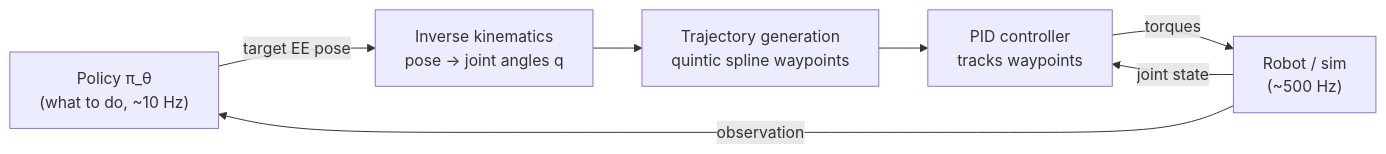
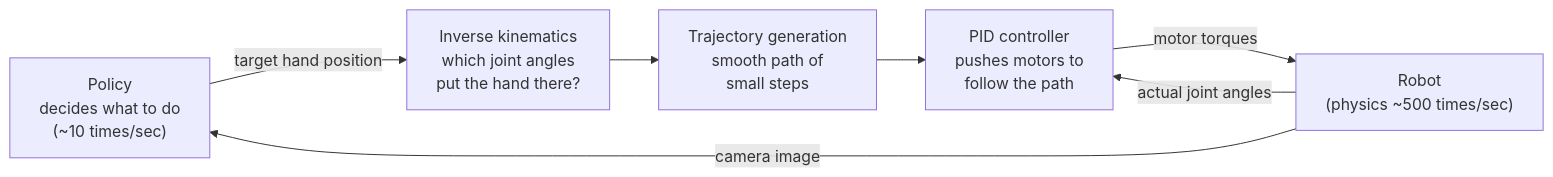
One commit to rohitmekkoth/robot-learning changed the diagram in notes/lectures/eth-robot-learning.md. Above: the diagram before and after it, drawn with Mermaid. The commit also changed other lines of this file and 1 other file, not shown here.

````diff
--- a/notes/lectures/eth-robot-learning.md
+++ b/notes/lectures/eth-robot-learning.md
@@ -60,9 +64,9 @@
 ```mermaid
 flowchart LR
-    P["Policy π_θ<br/>(what to do, ~10 Hz)"] -->|target EE pose| IK["Inverse kinematics<br/>pose → joint angles q"]
-    IK --> TR["Trajectory generation<br/>quintic spline waypoints"]
-    TR --> PID["PID controller<br/>tracks waypoints"]
-    PID -->|torques| R["Robot / sim<br/>(~500 Hz)"]
-    R -->|joint state| PID
-    R -->|observation| P
+    P["Policy<br/>decides what to do<br/>(~10 times/sec)"] -->|"target hand position"| IK["Inverse kinematics<br/>which joint angles<br/>put the hand there?"]
+    IK --> TR["Trajectory generation<br/>smooth path of<br/>small steps"]
+    TR --> PID["PID controller<br/>pushes motors to<br/>follow the path"]
+    PID -->|"motor torques"| R["Robot<br/>(physics ~500 times/sec)"]
+    R -->|"actual joint angles"| PID
+    R -->|"camera image"| P
 ```
````
